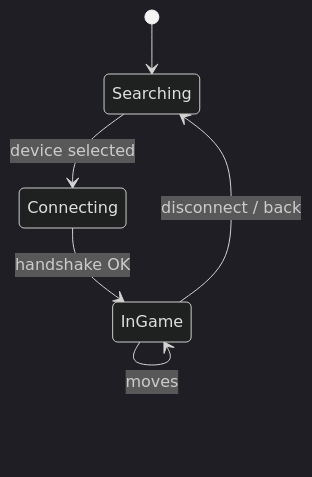
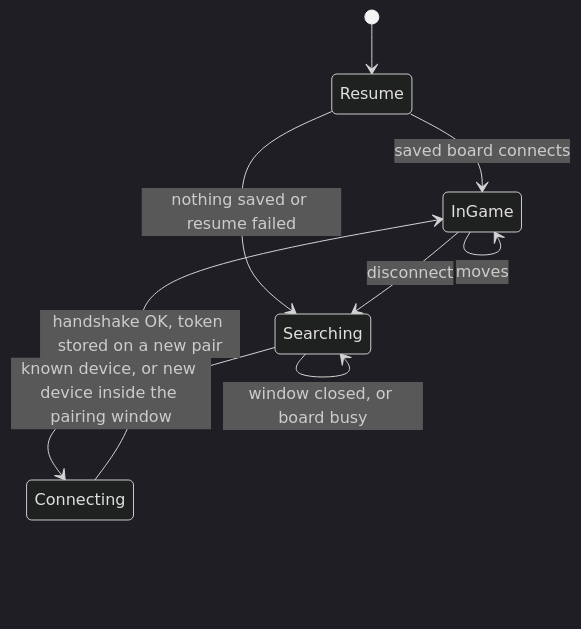
One commit to AlfredKrutina/chess_esp32_c6_devkit changed the fourth of 5 diagrams in docs/flutter/README.md. Above: the diagram before and after it, drawn with Mermaid. The commit also changed other lines of this file and 130 other files, not shown here.

````diff
--- a/docs/flutter/README.md
+++ b/docs/flutter/README.md
@@ -140,9 +147,12 @@
 ```mermaid
 %%{init: {'theme':'dark'}}%%
 stateDiagram-v2
-  [*] --> Searching
-  Searching --> Connecting: device selected
-  Connecting --> InGame: handshake OK
+  [*] --> Resume
+  Resume --> InGame: saved board connects
+  Resume --> Searching: nothing saved or resume failed
+  Searching --> Connecting: known device, or new device inside the pairing window
+  Searching --> Searching: window closed, or board busy
+  Connecting --> InGame: handshake OK, token stored on a new pair
   InGame --> InGame: moves
-  InGame --> Searching: disconnect / back
+  InGame --> Searching: disconnect
 ```
````
